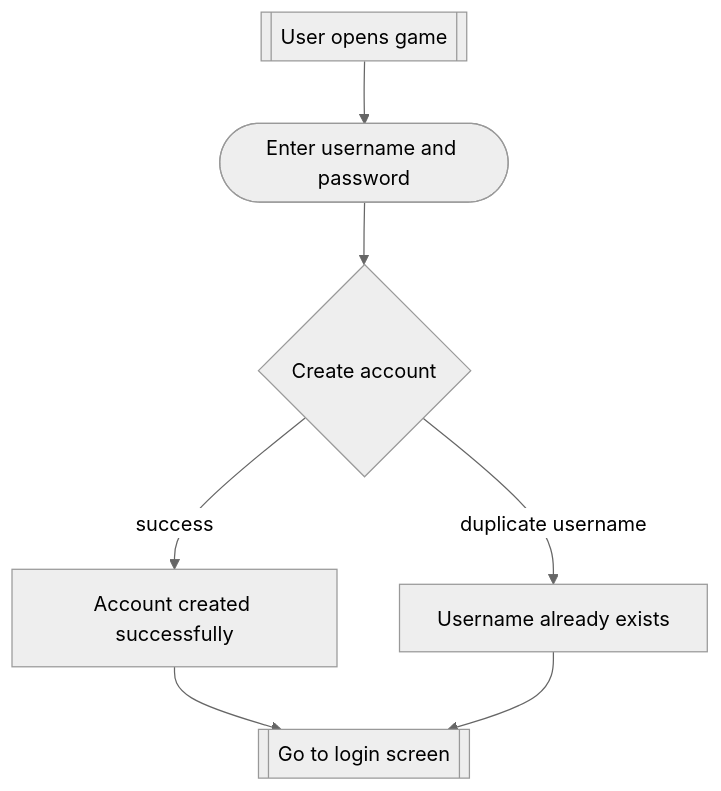
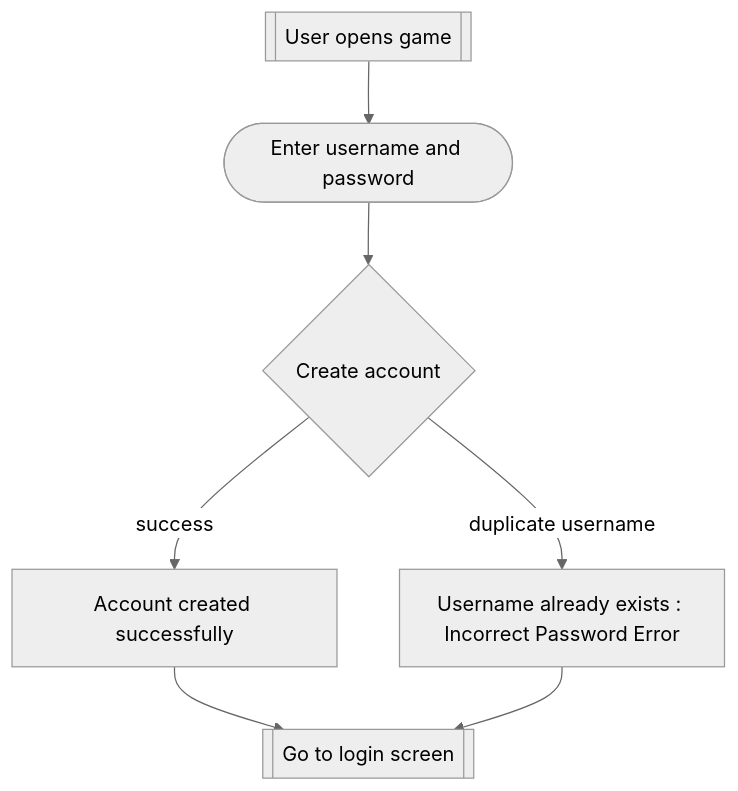
The third of 6 diagrams in flows.md (MoulikB/2452-project), drawn with Mermaid (neutral theme) before and after one commit. The commit also changed other lines of this file and 2 other files, not shown here.

````diff
--- a/flows.md
+++ b/flows.md
@@ -62,16 +62,16 @@
 ```mermaid
 flowchart TD
     start[[User opens game]]
     create([Enter username and password])
     process{Create account}
     success[Account created successfully]
-    fail[Username already exists]
+    fail[Username already exists : Incorrect Password Error]
     login[[Go to login screen]]
 
     start --> create
     create --> process
     process -- success --> success
     process -- duplicate username --> fail
     success --> login
     fail --> login
 ```
````
